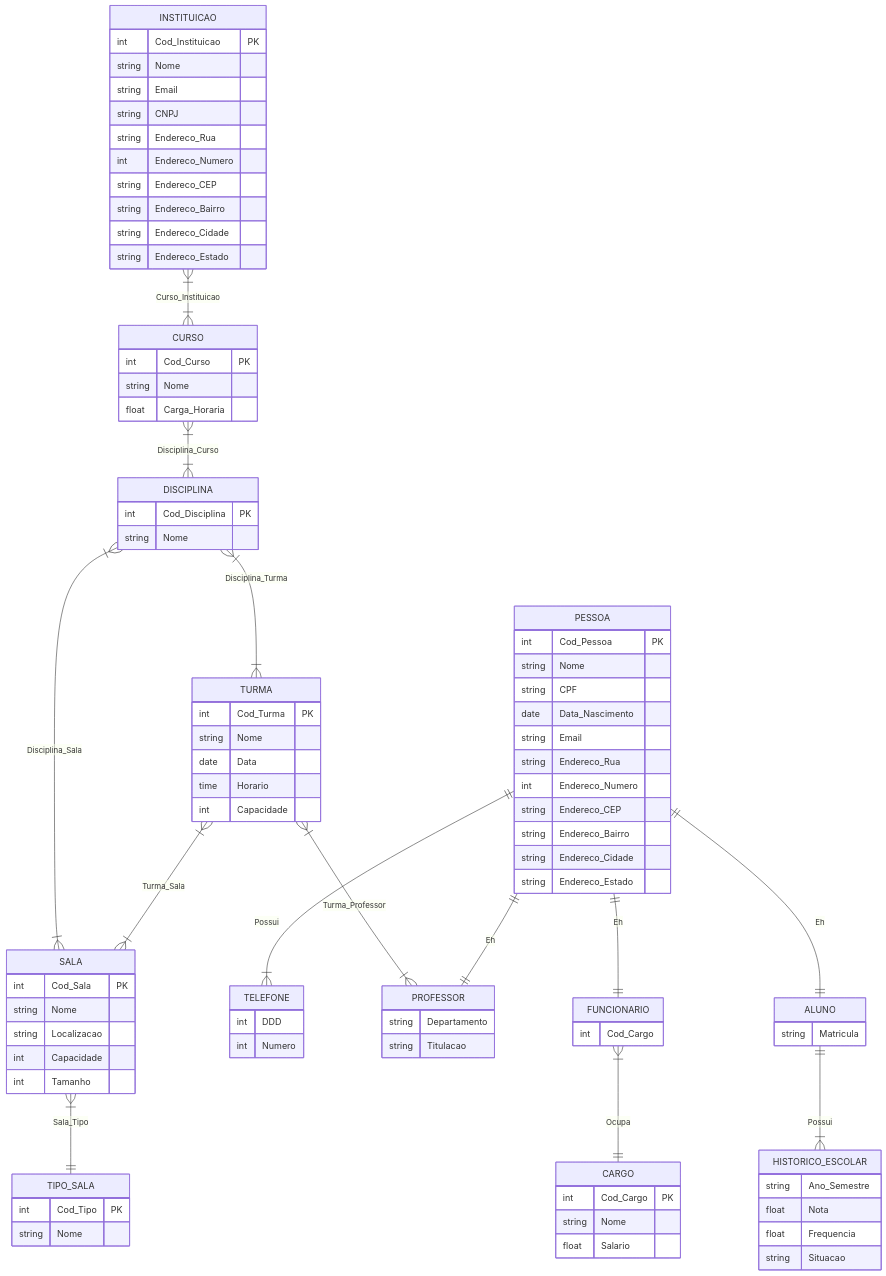
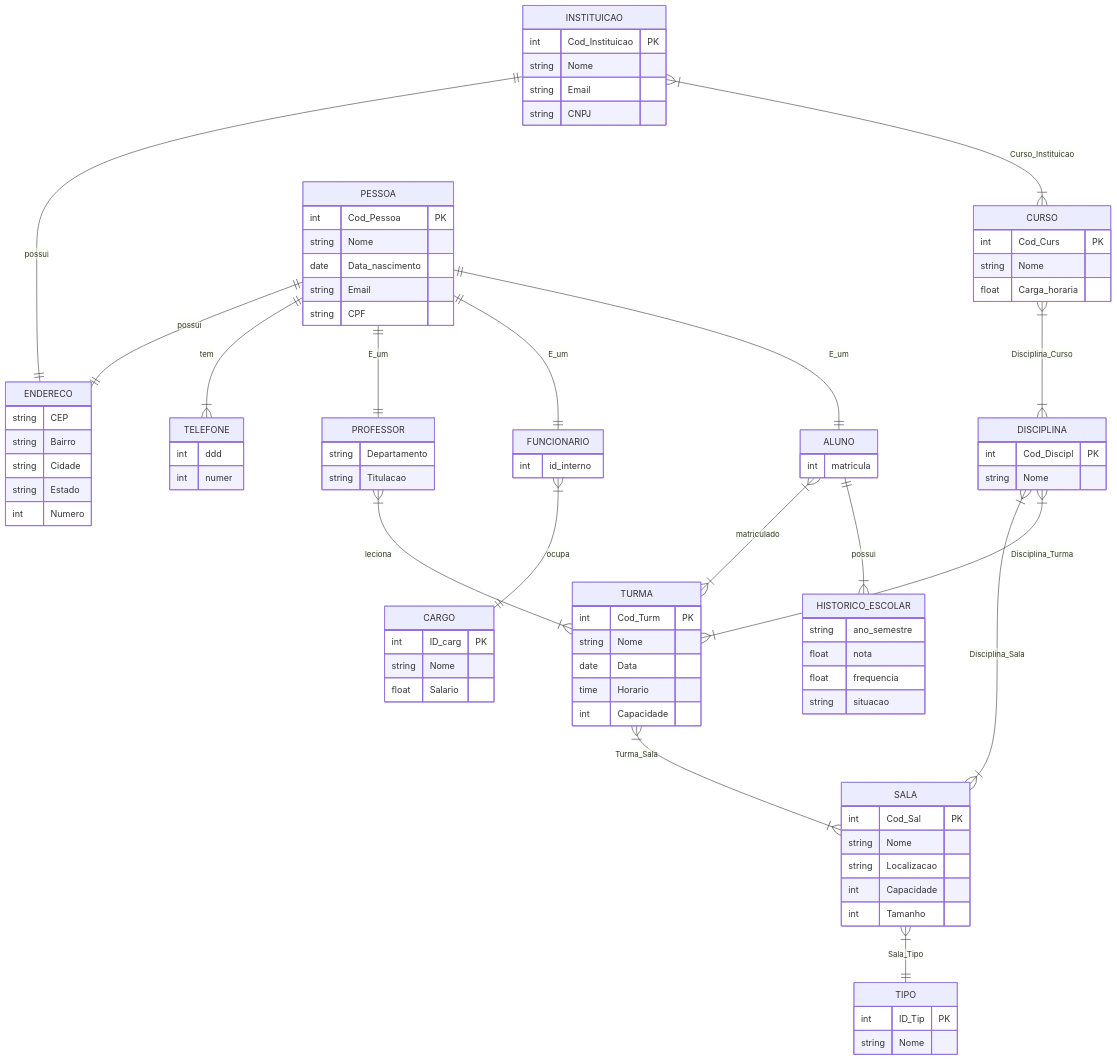
Before and after one commit to ectorfalcao/Design_Profissional_A1: the diagram in Repositorios_1Semestre/Modelagem_BancoDados/Modelo_Conceitual/README.md, drawn with Mermaid.

````diff
--- a/Repositorios_1Semestre/Modelagem_BancoDados/Modelo_Conceitual/README.md
+++ b/Repositorios_1Semestre/Modelagem_BancoDados/Modelo_Conceitual/README.md
@@ -13,32 +13,35 @@
 ```mermaid
 erDiagram
-    %% --- ENTIDADES ---
+    %% --- ENTIDADES E ATRIBUTOS ---
+
     INSTITUICAO {
         int Cod_Instituicao PK
         string Nome
         string Email
         string CNPJ
-        string Endereco_Rua
-        int Endereco_Numero
-        string Endereco_CEP
-        string Endereco_Bairro
-        string Endereco_Cidade
-        string Endereco_Estado
+    }
+
+    ENDERECO {
+        string CEP
+        string Bairro
+        string Cidade
+        string Estado
+        int Numero
     }
 
     CURSO {
-        int Cod_Curso PK
+        int Cod_Curs PK
         string Nome
-        float Carga_Horaria
+        float Carga_horaria
     }
 
     DISCIPLINA {
-        int Cod_Disciplina PK
+        int Cod_Discipl PK
         string Nome
     }
 
     TURMA {
-        int Cod_Turma PK
+        int Cod_Turm PK
         string Nome
         date Data
         time Horario
@@ -46,98 +49,100 @@
     }
 
     SALA {
-        int Cod_Sala PK
+        int Cod_Sal PK
         string Nome
         string Localizacao
         int Capacidade
         int Tamanho
     }
 
-    TIPO_SALA {
-        int Cod_Tipo PK
+    TIPO {
+        int ID_Tip PK
         string Nome
     }
 
     PESSOA {
         int Cod_Pessoa PK
         string Nome
+        date Data_nascimento
+        string Email
         string CPF
-        date Data_Nascimento
-        string Email
-        string Endereco_Rua
-        int Endereco_Numero
-        string Endereco_CEP
-        string Endereco_Bairro
-        string Endereco_Cidade
-        string Endereco_Estado
     }
 
     TELEFONE {
-        int DDD
-        int Numero
+        int ddd
+        int numer
     }
 
     %% --- ESPECIALIZAÇÕES (HERANÇA) ---
+    
     PROFESSOR {
         string Departamento
         string Titulacao
     }
 
     FUNCIONARIO {
-        int Cod_Cargo
+        int id_interno
     }
 
     ALUNO {
-        string Matricula
+        int matricula
     }
 
     CARGO {
-        int Cod_Cargo PK
+        int ID_carg PK
         string Nome
         float Salario
     }
 
     HISTORICO_ESCOLAR {
-        string Ano_Semestre
-        float Nota
-        float Frequencia
-        string Situacao
+        string ano_semestre
+        float nota
+        float frequencia
+        string situacao
     }
 
-    %% --- RELACIONAMENTOS E CARDINALIDADES ---
-    
-    %% Instituição (1,n) ----- (1,n) Curso
+    %% --- RELACIONAMENTOS DO DIAGRAMA ---
+
+    %% Instituição tem Endereço (1,1) e Pessoa tem Endereço (1,1)
+    INSTITUICAO ||--|| ENDERECO : "possui"
+    PESSOA ||--|| ENDERECO : "possui"
+
+    %% Instituição (0,n) -- (1,n) Curso
     INSTITUICAO }|--|{ CURSO : "Curso_Instituicao"
 
-    %% Curso (1,n) ----- (1,n) Disciplina
+    %% Curso (1,n) -- (1,n) Disciplina
     CURSO }|--|{ DISCIPLINA : "Disciplina_Curso"
 
-    %% Disciplina (1,n) ----- (1,n) Sala
+    %% Disciplina (1,n) -- (0,n) Sala (Relacionamento Disciplina_Sala na imagem)
     DISCIPLINA }|--|{ SALA : "Disciplina_Sala"
 
-    %% Disciplina (1,n) ----- (1,n) Turma
+    %% Disciplina (1,n) -- (1,n) Turma
     DISCIPLINA }|--|{ TURMA : "Disciplina_Turma"
 
-    %% Turma (1,n) ----- (1,n) Sala
+    %% Turma (1,n) -- (1,n) Sala
     TURMA }|--|{ SALA : "Turma_Sala"
 
-    %% Sala (1,n) ----- (0,1) Tipo (Sala tem 1 tipo, Tipo tem N salas)
-    SALA }|--|| TIPO_SALA : "Sala_Tipo"
+    %% Sala (0,n) -- (0,1) Tipo
+    SALA }|--|| TIPO : "Sala_Tipo"
 
-    %% Turma (1,1) ----- (1,n) Pessoa (Professor) (Associativa Turma_Prof)
-    TURMA }|--|{ PROFESSOR : "Turma_Professor"
+    %% Pessoa (1,1) -- (1,n) Telefone
+    PESSOA ||--|{ TELEFONE : "tem"
 
-    %% Pessoa (1,1) ----- (1,n) Telefone
-    PESSOA ||--|{ TELEFONE : "Possui"
+    %% Herança: Pessoa é Professor, Funcionário, Aluno
+    PESSOA ||--|| PROFESSOR : "E_um"
+    PESSOA ||--|| FUNCIONARIO : "E_um"
+    PESSOA ||--|| ALUNO : "E_um"
 
-    %% Pessoa Especializações
-    PESSOA ||--|| PROFESSOR : "Eh"
-    PESSOA ||--|| FUNCIONARIO : "Eh"
-    PESSOA ||--|| ALUNO : "Eh"
+    %% Professor (1,n) -- (1,1) Turma (R na imagem - Leciona)
+    PROFESSOR }|--|{ TURMA : "leciona"
 
-    %% Funcionario (1,n) ----- (1,1) Cargo
-    FUNCIONARIO }|--|| CARGO : "Ocupa"
+    %% Funcionario (1,n) -- (1,1) Cargo
+    FUNCIONARIO }|--|| CARGO : "ocupa"
 
-    %% Aluno (1,n) ----- (1,n) Historico (Associado a Turma/Disciplina na lógica)
-    ALUNO ||--|{ HISTORICO_ESCOLAR : "Possui"
+    %% Aluno (1,n) -- (1,n) Turma (R na imagem - Matriculado)
+    ALUNO }|--|{ TURMA : "matriculado"
+
+    %% Aluno (1,1) -- (1,n) Historico
+    ALUNO ||--|{ HISTORICO_ESCOLAR : "possui"
 ```
````
